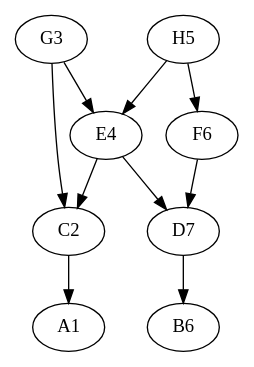
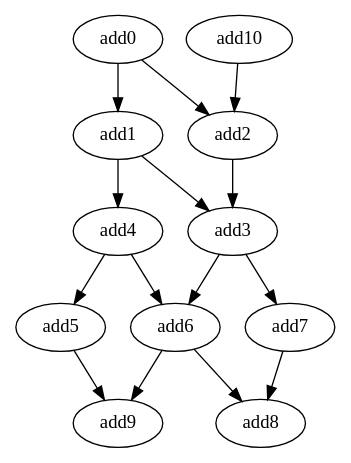
Before and after one commit to DuduO6/YOTO: the diagram in exemplo2.dot, drawn with Graphviz. The commit also changed 2 other files, not shown here.

```diff
--- a/exemplo2.dot
+++ b/exemplo2.dot
@@ -1,13 +1,18 @@
  digraph {
     
-    G3 -> C2;
-    C2 -> A1;
-    G3 -> E4;
-    H5 -> F6;
-    F6 -> D7;
-    D7 -> B6;
-    E4 -> C2;
-    E4 -> D7;
-    H5 -> E4;
+     add0 -> add1;
+    add0 -> add2;
+    add1 -> add3;
+    add2 -> add3;
+    add1 -> add4;
+    add4 -> add6;
+    add3 -> add6;
+    add4 -> add5;
+    add3 -> add7;
+    add5 -> add9;
+    add6 -> add9;
+    add6 -> add8;
+    add7 -> add8;
+    add10 -> add2;  
     
 }
```
